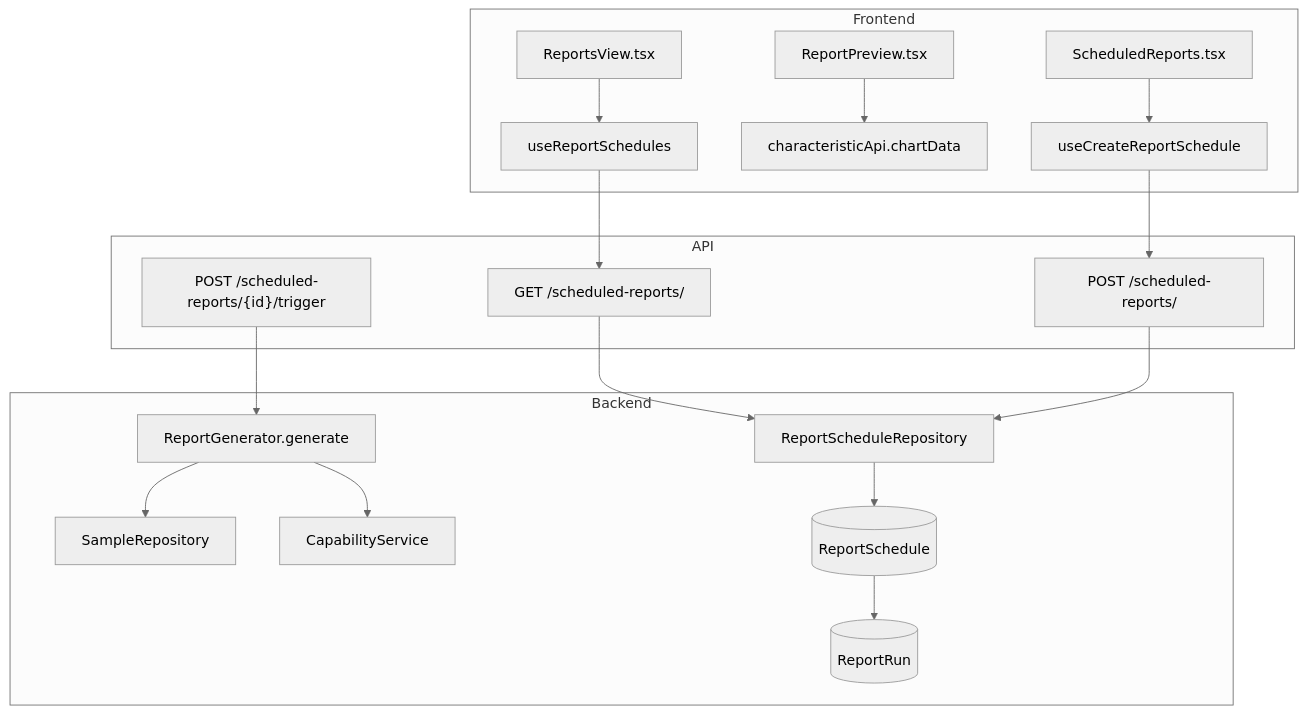
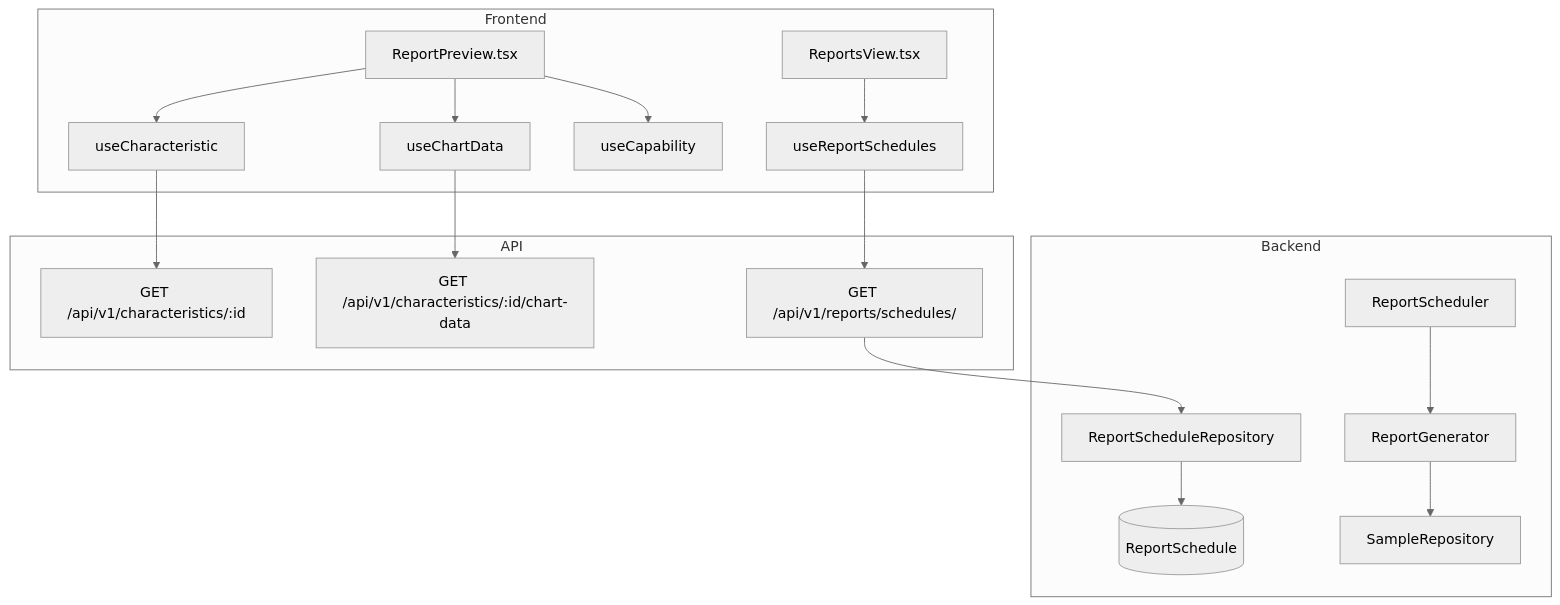
Before and after one commit to saturnis-io/cassini: the first of 2 diagrams in .knowledge/features/reporting.md, drawn with Mermaid (neutral theme). The commit also changed other lines of this file and 15 other files, not shown here.

Commit message:
knowledge-graph: regenerate

````diff
--- a/.knowledge/features/reporting.md
+++ b/.knowledge/features/reporting.md
@@ -5,22 +5,20 @@
 ```mermaid
 flowchart TD
     subgraph Frontend
-        C1[ReportsView.tsx] --> H1[useReportSchedules]
-        C2[ReportPreview.tsx] --> H2[characteristicApi.chartData]
-        C3[ScheduledReports.tsx] --> H3[useCreateReportSchedule]
+        C1[ReportPreview.tsx] --> H1[useCharacteristic]
+        C1 --> H2[useChartData]
+        C1 --> H3[useCapability]
+        C2[ReportsView.tsx] --> H4[useReportSchedules]
     end
     subgraph API
-        H1 --> E1["GET /scheduled-reports/"]
-        H3 --> E2["POST /scheduled-reports/"]
-        E3["POST /scheduled-reports/{id}/trigger"]
+        H1 --> E1[GET /api/v1/characteristics/:id]
+        H2 --> E2[GET /api/v1/characteristics/:id/chart-data]
+        H4 --> E3[GET /api/v1/reports/schedules/]
     end
     subgraph Backend
-        E1 --> R1[ReportScheduleRepository]
-        E2 --> R1
-        E3 --> S1[ReportGenerator.generate]
-        S1 --> R2[SampleRepository]
-        S1 --> S2[CapabilityService]
+        E3 --> R1[ReportScheduleRepository]
         R1 --> M1[(ReportSchedule)]
-        M1 --> M2[(ReportRun)]
+        S1[ReportGenerator] --> R2[SampleRepository]
+        S2[ReportScheduler] --> S1
     end
 ```
````
